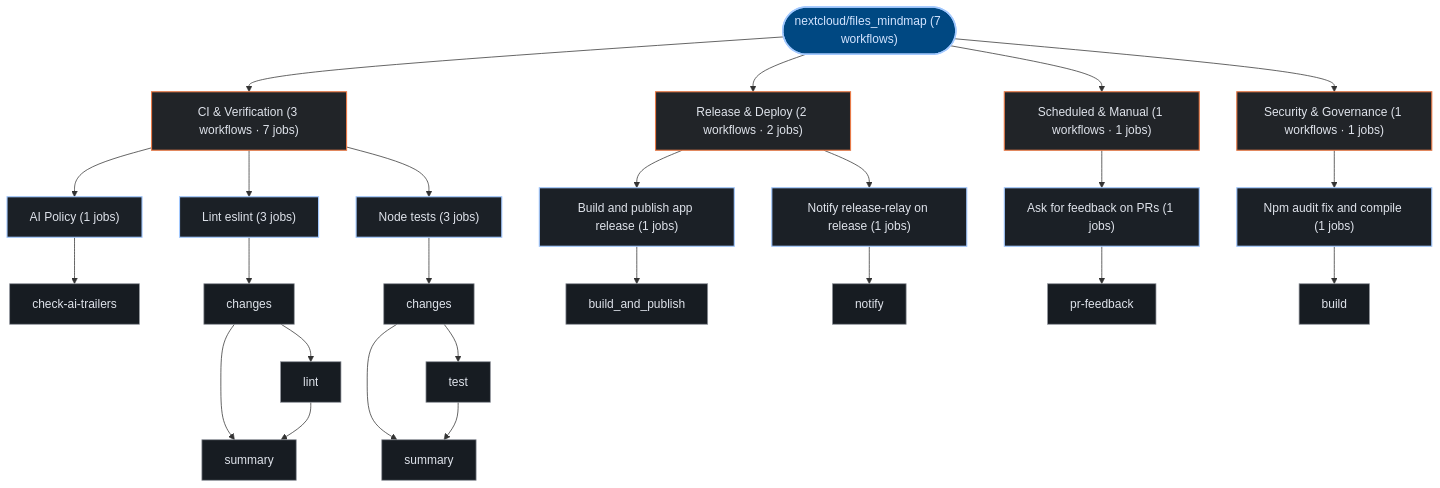
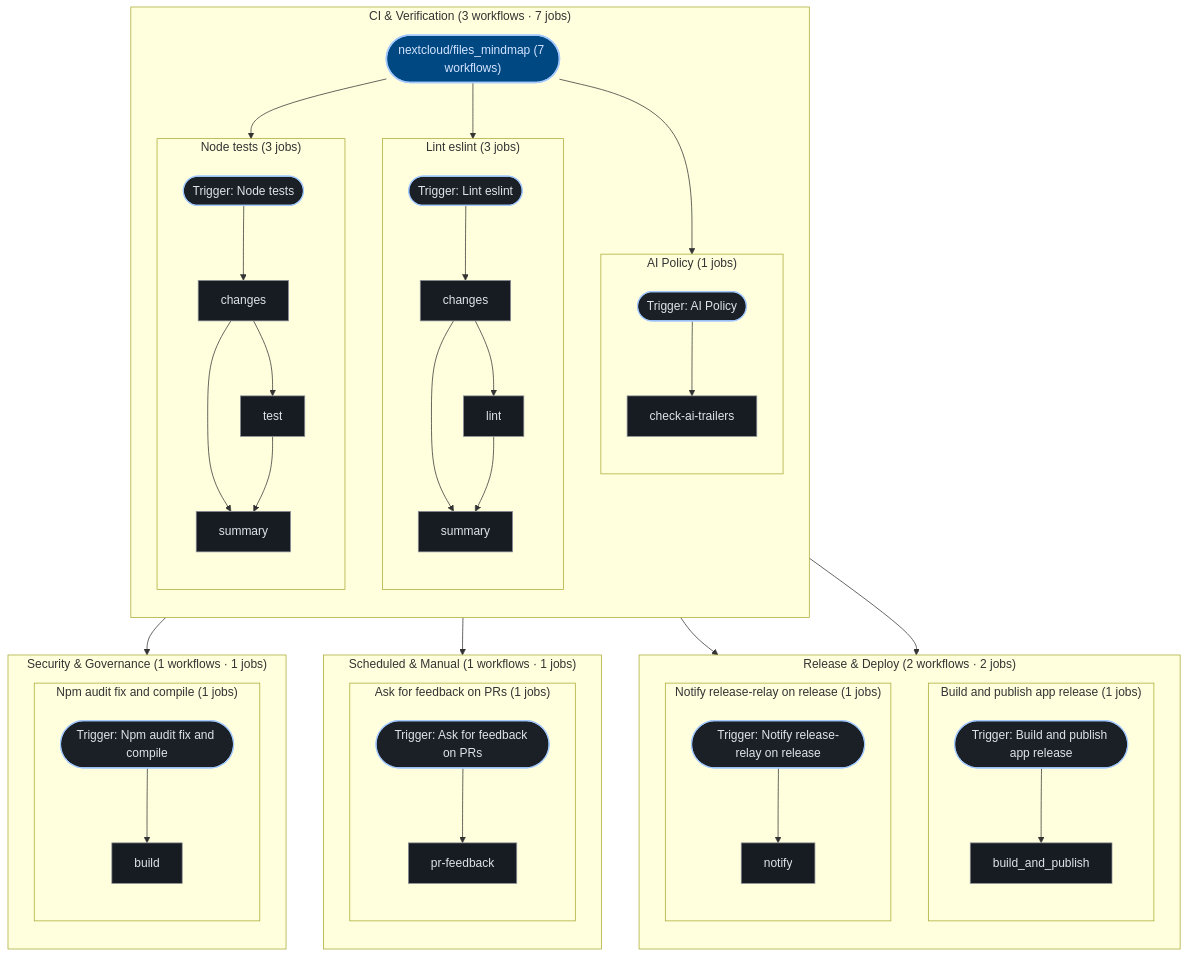
One commit to kumarshaz/atruss-code-atlas changed the third of 3 diagrams in exports/latest/reports/nextcloud-files_mindmap-report.md. Above: the diagram before and after it, drawn with Mermaid. The commit also changed 181 other files, not shown here.

````diff
--- a/exports/latest/reports/nextcloud-files_mindmap-report.md
+++ b/exports/latest/reports/nextcloud-files_mindmap-report.md
@@ -167,57 +167,82 @@
 ```mermaid
 graph TD;
   classDef atlasRoot fill:#004882,stroke:#a3c9ff,stroke-width:2px,color:#d3e4ff
   classDef atlasCategory fill:#212428,stroke:#E87A48,stroke-width:1.5px,color:#dfe3eb
   classDef atlasWorkflow fill:#1b2026,stroke:#a3c9ff,stroke-width:1.5px,color:#dfe3eb
   classDef atlasJob fill:#171c22,stroke:#8d9199,stroke-width:1px,color:#dfe3eb
   classDef atlasTarget fill:#005227,stroke:#8bd99b,stroke-width:1.5px,color:#a7f6b6
   classDef atlasAlert fill:#93000a,stroke:#ffb4ab,stroke-width:1.5px,color:#ffdad6
   classDef atlasMore fill:#252a31,stroke:#8d9199,stroke-dasharray:4 4,color:#c3c6cf
   pipeline_root(["nextcloud/files_mindmap (7 workflows)"]):::atlasRoot
-  grp_0_CI___Verification["CI & Verification (3 workflows · 7 jobs)"]:::atlasCategory
-  pipeline_root --> grp_0_CI___Verification
-  wf_0_AI_Policy["AI Policy (1 jobs)"]:::atlasWorkflow
-  grp_0_CI___Verification --> wf_0_AI_Policy
-  job_0_check_ai_trailers["check-ai-trailers"]:::atlasJob
-  wf_0_AI_Policy --> job_0_check_ai_trailers
-  wf_2_Lint_eslint["Lint eslint (3 jobs)"]:::atlasWorkflow
-  grp_0_CI___Verification --> wf_2_Lint_eslint
-  job_2_changes["changes"]:::atlasJob
-  job_2_lint["lint"]:::atlasJob
-  job_2_summary["summary"]:::atlasJob
-  wf_2_Lint_eslint --> job_2_changes
-  job_2_changes --> job_2_lint
-  job_2_changes --> job_2_summary
-  job_2_lint --> job_2_summary
-  wf_3_Node_tests["Node tests (3 jobs)"]:::atlasWorkflow
-  grp_0_CI___Verification --> wf_3_Node_tests
-  job_3_changes["changes"]:::atlasJob
-  job_3_test["test"]:::atlasJob
-  job_3_summary["summary"]:::atlasJob
-  wf_3_Node_tests --> job_3_changes
-  job_3_changes --> job_3_test
-  job_3_changes --> job_3_summary
-  job_3_test --> job_3_summary
-  grp_1_Release___Deploy["Release & Deploy (2 workflows · 2 jobs)"]:::atlasCategory
-  pipeline_root --> grp_1_Release___Deploy
-  wf_1_Build_and_publish_app_release["Build and publish app release (1 jobs)"]:::atlasWorkflow
-  grp_1_Release___Deploy --> wf_1_Build_and_publish_app_release
-  job_1_build_and_publish["build_and_publish"]:::atlasJob
-  wf_1_Build_and_publish_app_release --> job_1_build_and_publish
-  wf_6_Notify_release_relay_on_release["Notify release-relay on release (1 jobs)"]:::atlasWorkflow
-  grp_1_Release___Deploy --> wf_6_Notify_release_relay_on_release
-  job_6_notify["notify"]:::atlasJob
-  wf_6_Notify_release_relay_on_release --> job_6_notify
-  grp_2_Scheduled___Manual["Scheduled & Manual (1 workflows · 1 jobs)"]:::atlasCategory
-  pipeline_root --> grp_2_Scheduled___Manual
-  wf_5_Ask_for_feedback_on_PRs["Ask for feedback on PRs (1 jobs)"]:::atlasWorkflow
-  grp_2_Scheduled___Manual --> wf_5_Ask_for_feedback_on_PRs
-  job_5_pr_feedback["pr-feedback"]:::atlasJob
-  wf_5_Ask_for_feedback_on_PRs --> job_5_pr_feedback
-  grp_3_Security___Governance["Security & Governance (1 workflows · 1 jobs)"]:::atlasCategory
-  pipeline_root --> grp_3_Security___Governance
-  wf_4_Npm_audit_fix_and_compile["Npm audit fix and compile (1 jobs)"]:::atlasWorkflow
-  grp_3_Security___Governance --> wf_4_Npm_audit_fix_and_compile
-  job_4_build["build"]:::atlasJob
-  wf_4_Npm_audit_fix_and_compile --> job_4_build
+  subgraph sg_grp_0_CI___Verification["CI & Verification (3 workflows · 7 jobs)"]
+    direction TB
+    subgraph sg_wf_0_AI_Policy["AI Policy (1 jobs)"]
+      direction TB
+      wf_0_AI_Policy(["Trigger: AI Policy"]):::atlasWorkflow
+      job_0_check_ai_trailers["check-ai-trailers"]:::atlasJob
+      wf_0_AI_Policy --> job_0_check_ai_trailers
+    end
+    pipeline_root --> wf_0_AI_Policy
+    subgraph sg_wf_2_Lint_eslint["Lint eslint (3 jobs)"]
+      direction TB
+      wf_2_Lint_eslint(["Trigger: Lint eslint"]):::atlasWorkflow
+      job_2_changes["changes"]:::atlasJob
+      job_2_lint["lint"]:::atlasJob
+      job_2_summary["summary"]:::atlasJob
+      wf_2_Lint_eslint --> job_2_changes
+      job_2_changes --> job_2_lint
+      job_2_changes --> job_2_summary
+      job_2_lint --> job_2_summary
+    end
+    pipeline_root --> wf_2_Lint_eslint
+    subgraph sg_wf_3_Node_tests["Node tests (3 jobs)"]
+      direction TB
+      wf_3_Node_tests(["Trigger: Node tests"]):::atlasWorkflow
+      job_3_changes["changes"]:::atlasJob
+      job_3_test["test"]:::atlasJob
+      job_3_summary["summary"]:::atlasJob
+      wf_3_Node_tests --> job_3_changes
+      job_3_changes --> job_3_test
+      job_3_changes --> job_3_summary
+      job_3_test --> job_3_summary
+    end
+    pipeline_root --> wf_3_Node_tests
+  end
+  subgraph sg_grp_1_Release___Deploy["Release & Deploy (2 workflows · 2 jobs)"]
+    direction TB
+    subgraph sg_wf_1_Build_and_publish_app_release["Build and publish app release (1 jobs)"]
+      direction TB
+      wf_1_Build_and_publish_app_release(["Trigger: Build and publish app release"]):::atlasWorkflow
+      job_1_build_and_publish["build_and_publish"]:::atlasJob
+      wf_1_Build_and_publish_app_release --> job_1_build_and_publish
+    end
+    pipeline_root --> wf_1_Build_and_publish_app_release
+    subgraph sg_wf_6_Notify_release_relay_on_release["Notify release-relay on release (1 jobs)"]
+      direction TB
+      wf_6_Notify_release_relay_on_release(["Trigger: Notify release-relay on release"]):::atlasWorkflow
+      job_6_notify["notify"]:::atlasJob
+      wf_6_Notify_release_relay_on_release --> job_6_notify
+    end
+    pipeline_root --> wf_6_Notify_release_relay_on_release
+  end
+  subgraph sg_grp_2_Scheduled___Manual["Scheduled & Manual (1 workflows · 1 jobs)"]
+    direction TB
+    subgraph sg_wf_5_Ask_for_feedback_on_PRs["Ask for feedback on PRs (1 jobs)"]
+      direction TB
+      wf_5_Ask_for_feedback_on_PRs(["Trigger: Ask for feedback on PRs"]):::atlasWorkflow
+      job_5_pr_feedback["pr-feedback"]:::atlasJob
+      wf_5_Ask_for_feedback_on_PRs --> job_5_pr_feedback
+    end
+    pipeline_root --> wf_5_Ask_for_feedback_on_PRs
+  end
+  subgraph sg_grp_3_Security___Governance["Security & Governance (1 workflows · 1 jobs)"]
+    direction TB
+    subgraph sg_wf_4_Npm_audit_fix_and_compile["Npm audit fix and compile (1 jobs)"]
+      direction TB
+      wf_4_Npm_audit_fix_and_compile(["Trigger: Npm audit fix and compile"]):::atlasWorkflow
+      job_4_build["build"]:::atlasJob
+      wf_4_Npm_audit_fix_and_compile --> job_4_build
+    end
+    pipeline_root --> wf_4_Npm_audit_fix_and_compile
+  end
 ```
````
